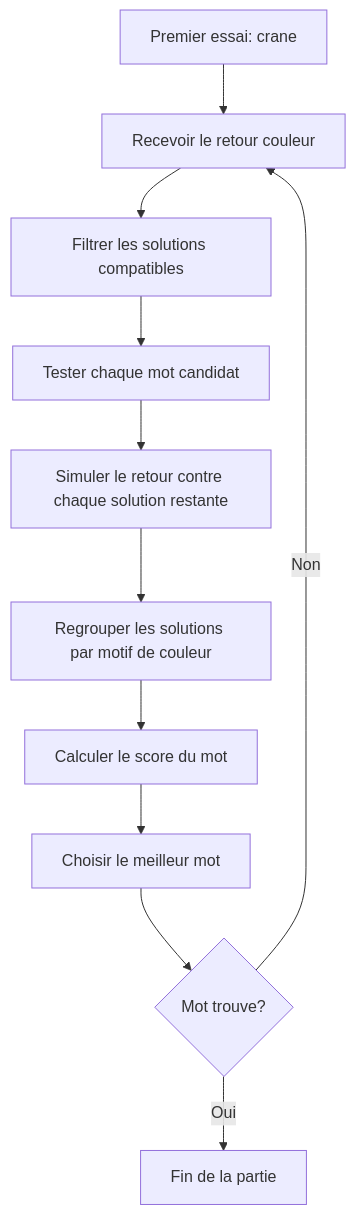
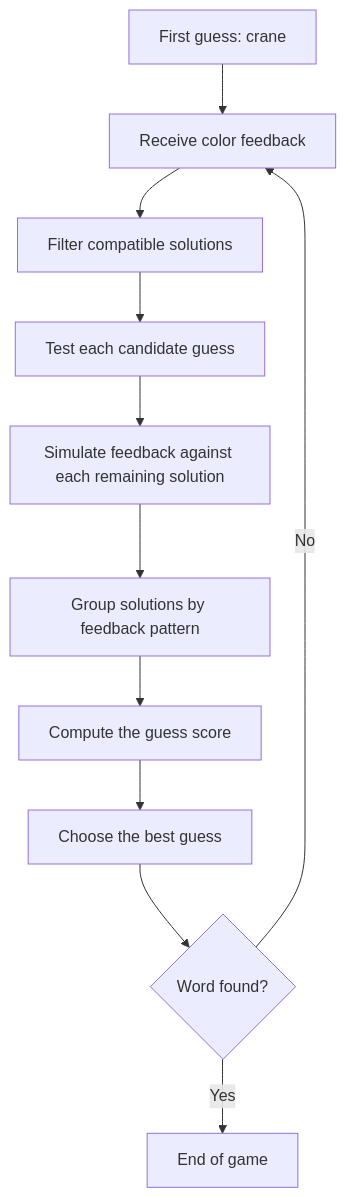
The first of 3 diagrams in README.md (Miglemus/Wordle), drawn with Mermaid before and after one commit. The commit also changed other lines of this file and 4 other files, not shown here.

````diff
--- a/README.md
+++ b/README.md
@@ -119,13 +118,13 @@
 ```mermaid
 flowchart TD
-    A[Premier essai: crane] --> B[Recevoir le retour couleur]
-    B --> C[Filtrer les solutions compatibles]
-    C --> D[Tester chaque mot candidat]
-    D --> E[Simuler le retour contre chaque solution restante]
-    E --> F[Regrouper les solutions par motif de couleur]
-    F --> G[Calculer le score du mot]
-    G --> H[Choisir le meilleur mot]
-    H --> I{Mot trouve?}
-    I -- Non --> B
-    I -- Oui --> J[Fin de la partie]
+    A[First guess: crane] --> B[Receive color feedback]
+    B --> C[Filter compatible solutions]
+    C --> D[Test each candidate guess]
+    D --> E[Simulate feedback against each remaining solution]
+    E --> F[Group solutions by feedback pattern]
+    F --> G[Compute the guess score]
+    G --> H[Choose the best guess]
+    H --> I{Word found?}
+    I -- No --> B
+    I -- Yes --> J[End of game]
 ```
````
